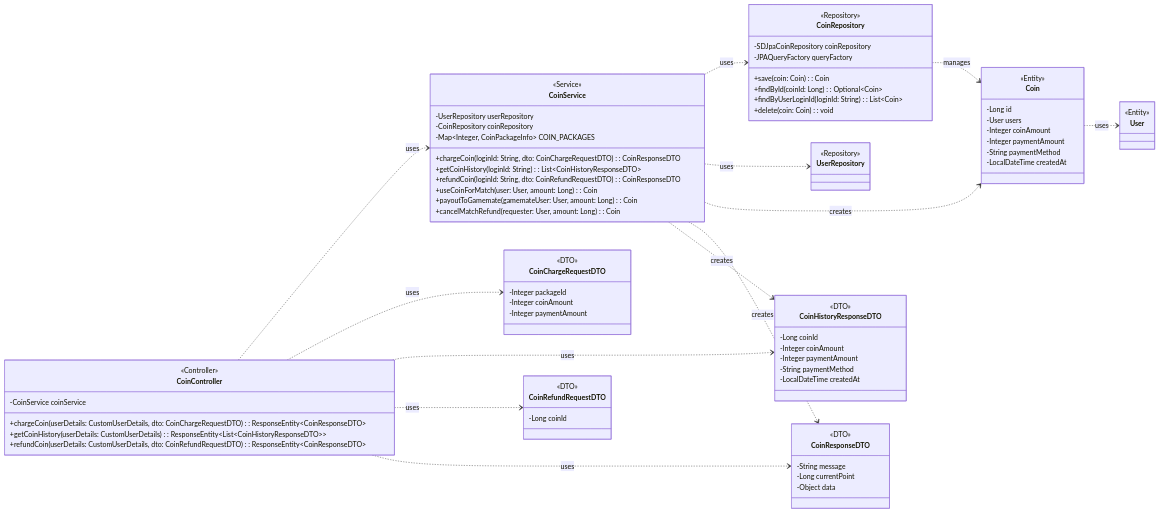
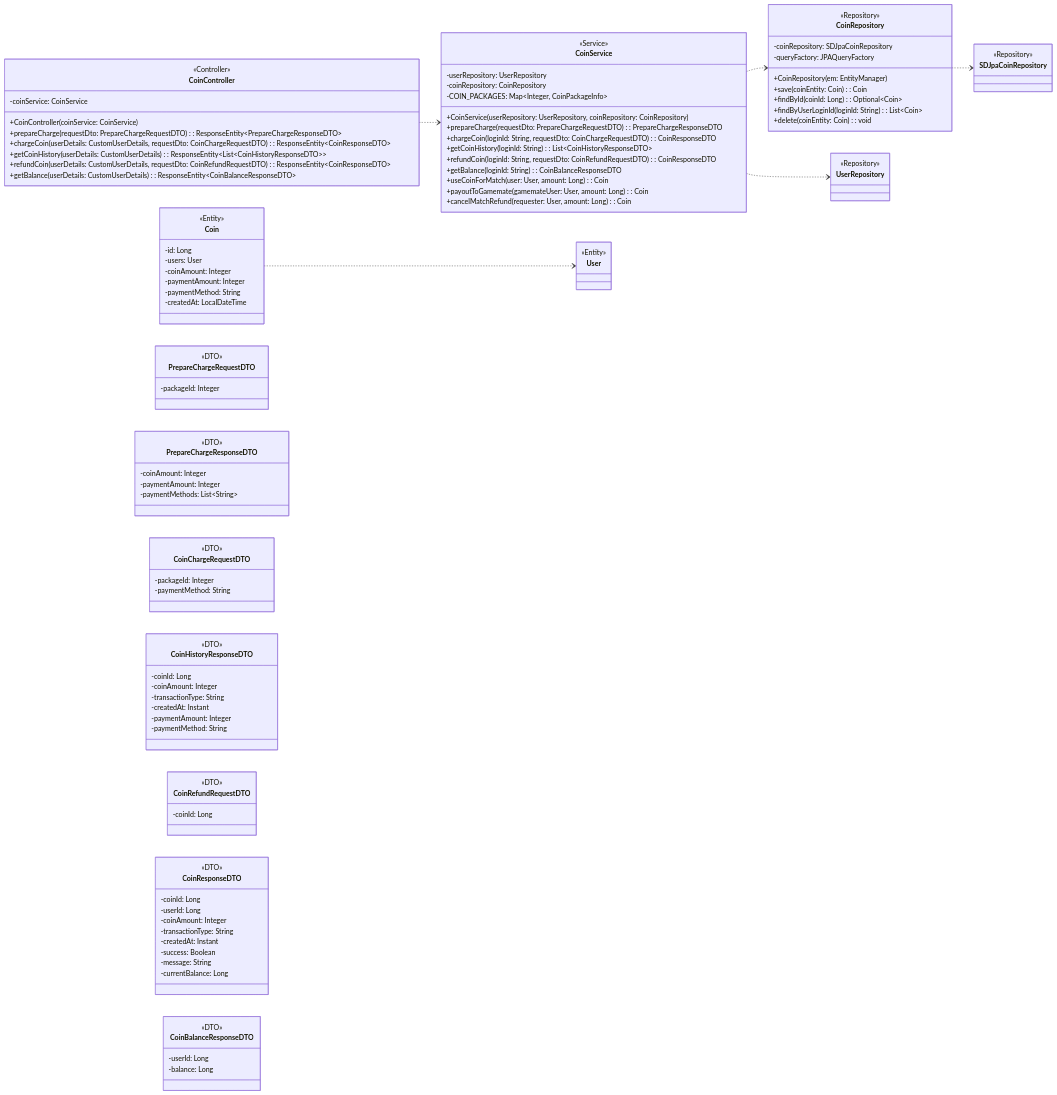
The diagram in SDS/classDiagram/coinSystemClassDiagram.md (rororo33/game-s-cord), drawn with Mermaid before and after one commit. The commit also changed other lines of this file and 11 other files, not shown here.

Commit message:
feat:classDiagram

````diff
--- a/SDS/classDiagram/coinSystemClassDiagram.md
+++ b/SDS/classDiagram/coinSystemClassDiagram.md
@@ -6,20 +6,26 @@
 
     class CoinController {
         <<Controller>>
-        -CoinService coinService
-        +chargeCoin(userDetails: CustomUserDetails, dto: CoinChargeRequestDTO): ResponseEntity~CoinResponseDTO~
+        -coinService: CoinService
+        +CoinController(coinService: CoinService)
+        +prepareCharge(requestDto: PrepareChargeRequestDTO): ResponseEntity~PrepareChargeResponseDTO~
+        +chargeCoin(userDetails: CustomUserDetails, requestDto: CoinChargeRequestDTO): ResponseEntity~CoinResponseDTO~
         +getCoinHistory(userDetails: CustomUserDetails): ResponseEntity~List~CoinHistoryResponseDTO~~
-        +refundCoin(userDetails: CustomUserDetails, dto: CoinRefundRequestDTO): ResponseEntity~CoinResponseDTO~
+        +refundCoin(userDetails: CustomUserDetails, requestDto: CoinRefundRequestDTO): ResponseEntity~CoinResponseDTO~
+        +getBalance(userDetails: CustomUserDetails): ResponseEntity~CoinBalanceResponseDTO~
     }
 
     class CoinService {
         <<Service>>
-        -UserRepository userRepository
-        -CoinRepository coinRepository
-        -Map~Integer, CoinPackageInfo~ COIN_PACKAGES
-        +chargeCoin(loginId: String, dto: CoinChargeRequestDTO): CoinResponseDTO
+        -userRepository: UserRepository
+        -coinRepository: CoinRepository
+        -COIN_PACKAGES: Map~Integer, CoinPackageInfo~
+        +CoinService(userRepository: UserRepository, coinRepository: CoinRepository)
+        +prepareCharge(requestDto: PrepareChargeRequestDTO): PrepareChargeResponseDTO
+        +chargeCoin(loginId: String, requestDto: CoinChargeRequestDTO): CoinResponseDTO
         +getCoinHistory(loginId: String): List~CoinHistoryResponseDTO~
-        +refundCoin(loginId: String, dto: CoinRefundRequestDTO): CoinResponseDTO
+        +refundCoin(loginId: String, requestDto: CoinRefundRequestDTO): CoinResponseDTO
+        +getBalance(loginId: String): CoinBalanceResponseDTO
         +useCoinForMatch(user: User, amount: Long): Coin
         +payoutToGamemate(gamemateUser: User, amount: Long): Coin
         +cancelMatchRefund(requester: User, amount: Long): Coin
@@ -27,68 +33,84 @@
 
     class CoinRepository {
         <<Repository>>
-        -SDJpaCoinRepository coinRepository
-        -JPAQueryFactory queryFactory
-        +save(coin: Coin): Coin
+        -coinRepository: SDJpaCoinRepository
+        -queryFactory: JPAQueryFactory
+        +CoinRepository(em: EntityManager)
+        +save(coinEntity: Coin): Coin
         +findById(coinId: Long): Optional~Coin~
         +findByUserLoginId(loginId: String): List~Coin~
-        +delete(coin: Coin): void
+        +delete(coinEntity: Coin): void
     }
 
     class Coin {
         <<Entity>>
-        -Long id
-        -User users
-        -Integer coinAmount
-        -Integer paymentAmount
-        -String paymentMethod
-        -LocalDateTime createdAt
+        -id: Long
+        -users: User
+        -coinAmount: Integer
+        -paymentAmount: Integer
+        -paymentMethod: String
+        -createdAt: LocalDateTime
+    }
+
+    class PrepareChargeRequestDTO {
+        <<DTO>>
+        -packageId: Integer
+    }
+    
+    class PrepareChargeResponseDTO {
+        <<DTO>>
+        -coinAmount: Integer
+        -paymentAmount: Integer
+        -paymentMethods: List~String~
     }
 
     class CoinChargeRequestDTO {
         <<DTO>>
-        -Integer packageId
-        -Integer coinAmount
-        -Integer paymentAmount
+        -packageId: Integer
+        -paymentMethod: String
     }
 
     class CoinHistoryResponseDTO {
         <<DTO>>
-        -Long coinId
-        -Integer coinAmount
-        -Integer paymentAmount
-        -String paymentMethod
-        -LocalDateTime createdAt
+        -coinId: Long
+        -coinAmount: Integer
+        -transactionType: String
+        -createdAt: Instant
+        -paymentAmount: Integer
+        -paymentMethod: String
     }
 
     class CoinRefundRequestDTO {
         <<DTO>>
-        -Long coinId
+        -coinId: Long
     }
 
     class CoinResponseDTO {
         <<DTO>>
-        -String message
-        -Long currentPoint
-        -Object data
+        -coinId: Long
+        -userId: Long
+        -coinAmount: Integer
+        -transactionType: String
+        -createdAt: Instant
+        -success: Boolean
+        -message: String
+        -currentBalance: Long
+    }
+    
+    class CoinBalanceResponseDTO {
+        <<DTO>>
+        -userId: Long
+        -balance: Long
     }
     
     class User { <<Entity>> }
     class UserRepository { <<Repository>> }
+    class SDJpaCoinRepository { <<Repository>> }
 
-    %% Relationships
-    CoinController ..> CoinService : uses
-    CoinController ..> CoinChargeRequestDTO : uses
-    CoinController ..> CoinHistoryResponseDTO : uses
-    CoinController ..> CoinRefundRequestDTO : uses
-    CoinController ..> CoinResponseDTO : uses
-    
-    CoinService ..> CoinRepository : uses
-    CoinService ..> UserRepository : uses
-    CoinService ..> Coin : creates
-    CoinService ..> CoinResponseDTO : creates
-    CoinService ..> CoinHistoryResponseDTO : creates
-    
-    CoinRepository ..> Coin : manages
-    Coin ..> User : uses
+
+    CoinController ..> CoinService
+    CoinService ..> CoinRepository
+    CoinService ..> UserRepository
+    CoinRepository ..> SDJpaCoinRepository
+    Coin ..> User
 ```
````
